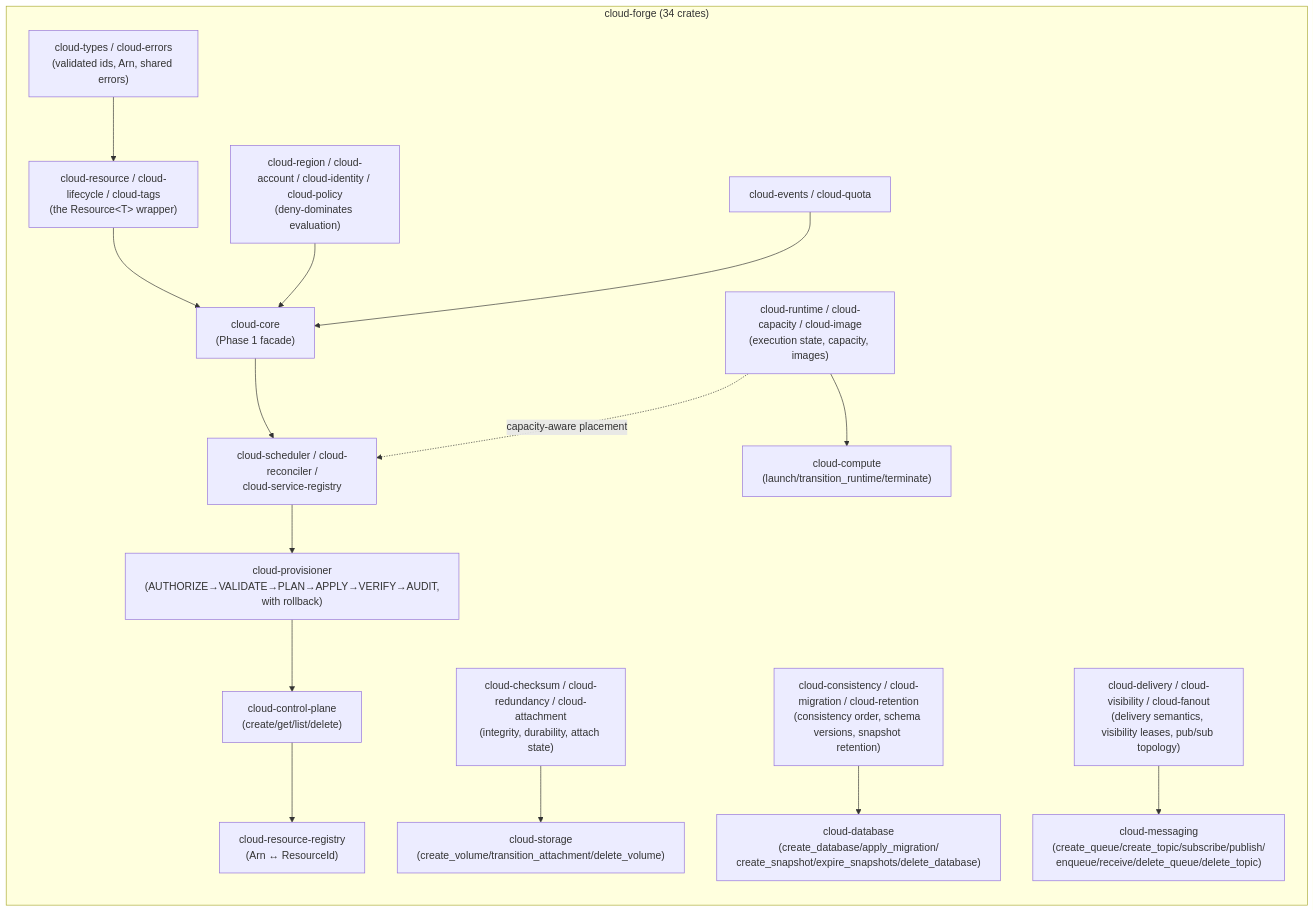
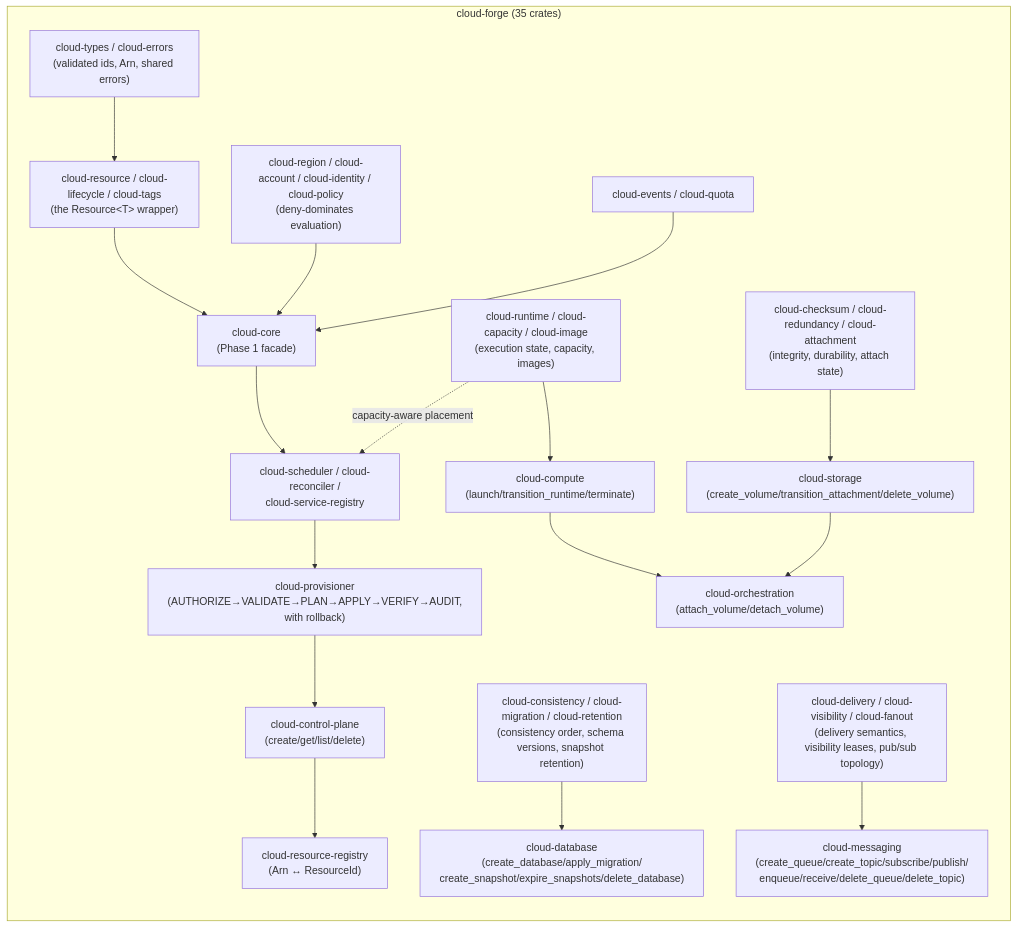
The fifth of 5 diagrams in README.md (SNAPKITTYAGENT9NOVA/tlm-jxcl-forge), drawn with Mermaid before and after one commit. The commit also changed other lines of this file and 5 other files, not shown here.

First line of the commit message:
cloud-forge: Phase 12, cloud-orchestration (first cross-service composition)

````diff
--- a/README.md
+++ b/README.md
@@ -416,33 +418,36 @@
 ```mermaid
 flowchart LR
-    subgraph cf["cloud-forge (34 crates)"]
+    subgraph cf["cloud-forge (35 crates)"]
         direction TB
         types["cloud-types / cloud-errors<br/>(validated ids, Arn, shared errors)"]
         model["cloud-resource / cloud-lifecycle / cloud-tags<br/>(the Resource&lt;T&gt; wrapper)"]
         access["cloud-region / cloud-account / cloud-identity / cloud-policy<br/>(deny-dominates evaluation)"]
         ops["cloud-events / cloud-quota"]
         core["cloud-core<br/>(Phase 1 facade)"]
         control["cloud-scheduler / cloud-reconciler /<br/>cloud-service-registry"]
         pipeline["cloud-provisioner<br/>(AUTHORIZE→VALIDATE→PLAN→APPLY→VERIFY→AUDIT,<br/>with rollback)"]
         plane["cloud-control-plane<br/>(create/get/list/delete)"]
         names["cloud-resource-registry<br/>(Arn ↔ ResourceId)"]
         compute["cloud-runtime / cloud-capacity / cloud-image<br/>(execution state, capacity, images)"]
         storage["cloud-checksum / cloud-redundancy / cloud-attachment<br/>(integrity, durability, attach state)"]
         database["cloud-consistency / cloud-migration / cloud-retention<br/>(consistency order, schema versions, snapshot retention)"]
         messaging["cloud-delivery / cloud-visibility / cloud-fanout<br/>(delivery semantics, visibility leases, pub/sub topology)"]
         computeSvc["cloud-compute<br/>(launch/transition_runtime/terminate)"]
         storageSvc["cloud-storage<br/>(create_volume/transition_attachment/delete_volume)"]
         databaseSvc["cloud-database<br/>(create_database/apply_migration/<br/>create_snapshot/expire_snapshots/delete_database)"]
         messagingSvc["cloud-messaging<br/>(create_queue/create_topic/subscribe/publish/<br/>enqueue/receive/delete_queue/delete_topic)"]
+        orchestration["cloud-orchestration<br/>(attach_volume/detach_volume)"]
         types --> model --> core
         access --> core
         ops --> core
         core --> control --> pipeline --> plane
         plane --> names
         compute -.capacity-aware placement.-> control
         compute --> computeSvc
         storage --> storageSvc
         database --> databaseSvc
         messaging --> messagingSvc
+        computeSvc --> orchestration
+        storageSvc --> orchestration
     end
 ```
````
